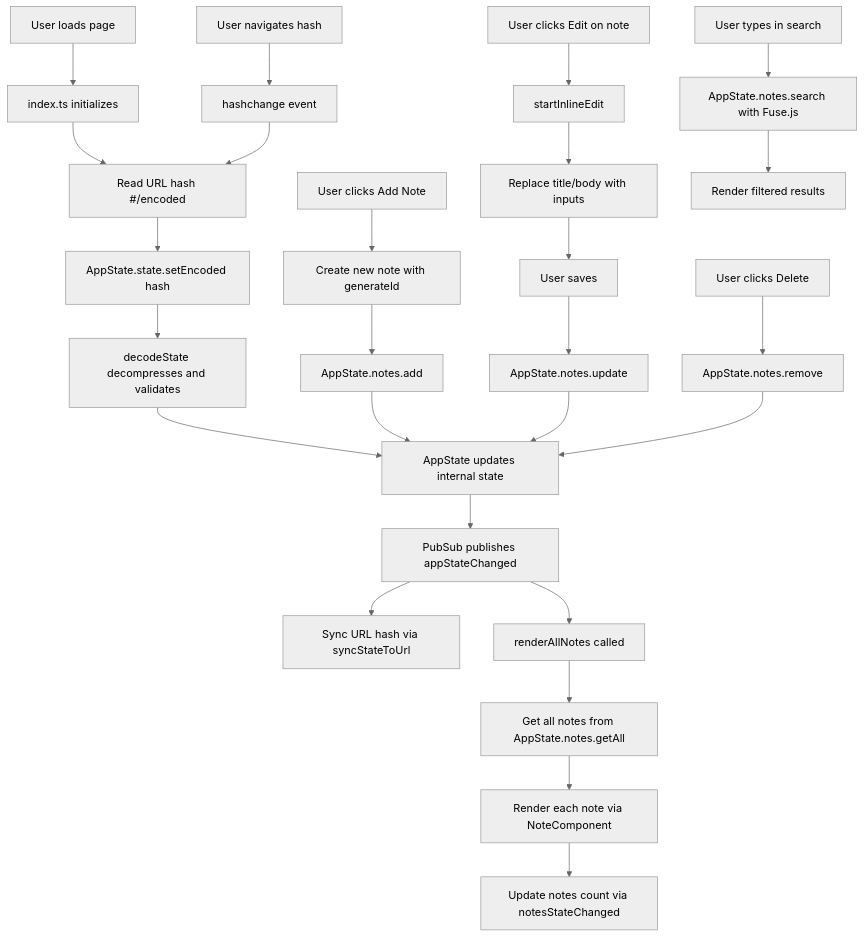
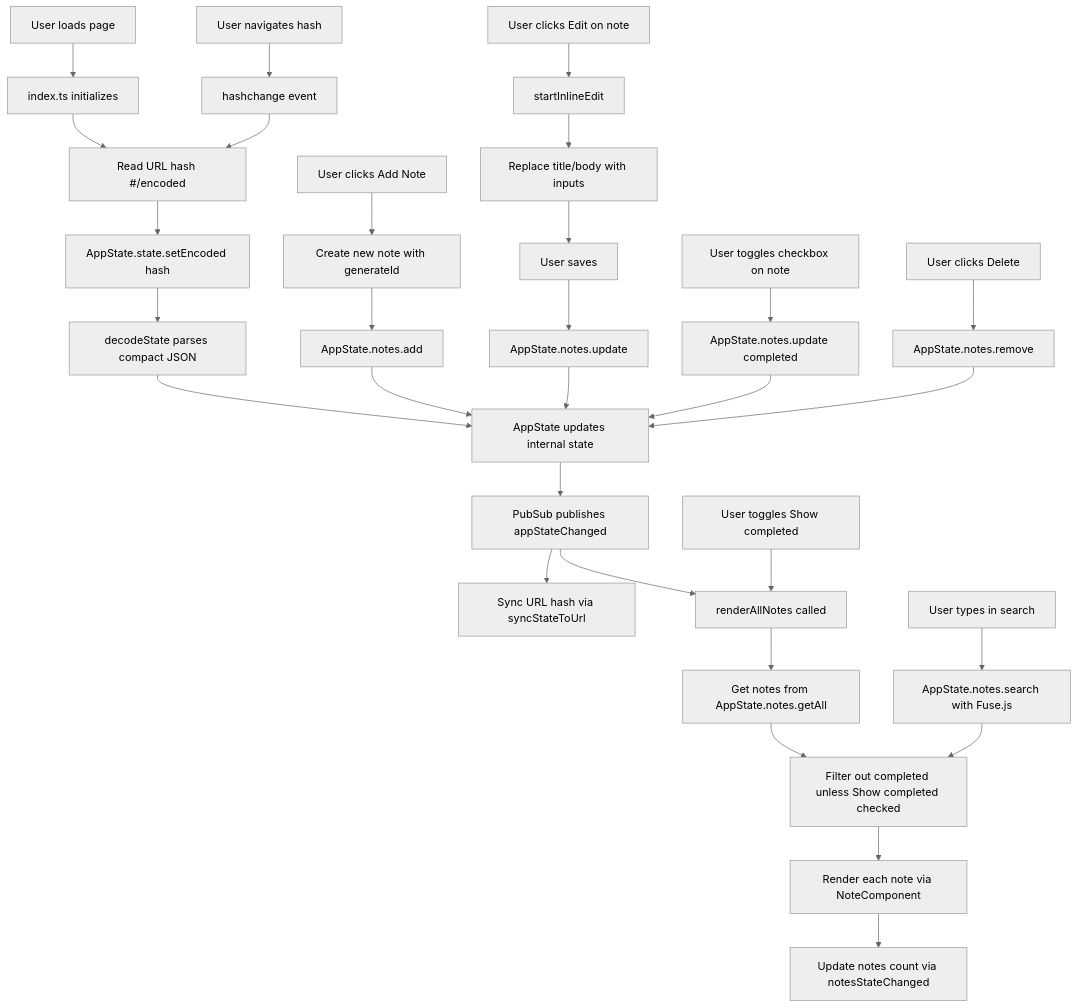
The diagram in APP_FLOW.md (hiimalexjgarcia/base64-encoded-state-test), drawn with Mermaid (neutral theme) before and after one commit. The commit also changed other lines of this file and 1 other file, not shown here.

Commit message:
docs: update README and flow diagram for current state

````diff
--- a/APP_FLOW.md
+++ b/APP_FLOW.md
@@ -3,33 +3,39 @@
 ```mermaid
 graph TD
     A[User loads page] --> B[index.ts initializes]
     B --> C[Read URL hash #/encoded]
     C --> D[AppState.state.setEncoded hash]
-    D --> E[decodeState decompresses and validates]
+    D --> E[decodeState parses compact JSON]
     E --> F[AppState updates internal state]
     F --> G[PubSub publishes appStateChanged]
     G --> H[Sync URL hash via syncStateToUrl]
     G --> I[renderAllNotes called]
-    I --> J[Get all notes from AppState.notes.getAll]
-    J --> K[Render each note via NoteComponent]
-    K --> L[Update notes count via notesStateChanged]
-    
-    M[User clicks Add Note] --> N[Create new note with generateId]
-    N --> O[AppState.notes.add]
-    O --> F
-    
-    P[User clicks Edit on note] --> Q[startInlineEdit]
-    Q --> R[Replace title/body with inputs]
-    R --> S[User saves]
-    S --> T[AppState.notes.update]
-    T --> F
-    
-    U[User clicks Delete] --> V[AppState.notes.remove]
-    V --> F
-    
-    W[User types in search] --> X[AppState.notes.search with Fuse.js]
-    X --> Y[Render filtered results]
-    
-    Z[User navigates hash] --> AA[hashchange event]
-    AA --> C
+    I --> J[Get notes from AppState.notes.getAll]
+    J --> K[Filter out completed unless Show completed checked]
+    K --> L[Render each note via NoteComponent]
+    L --> M[Update notes count via notesStateChanged]
+
+    N[User clicks Add Note] --> O[Create new note with generateId]
+    O --> P[AppState.notes.add]
+    P --> F
+
+    Q[User clicks Edit on note] --> R[startInlineEdit]
+    R --> S[Replace title/body with inputs]
+    S --> T[User saves]
+    T --> U[AppState.notes.update]
+    U --> F
+
+    V[User toggles checkbox on note] --> W[AppState.notes.update completed]
+    W --> F
+
+    X[User clicks Delete] --> Y[AppState.notes.remove]
+    Y --> F
+
+    Z[User types in search] --> AA[AppState.notes.search with Fuse.js]
+    AA --> K
+
+    AB[User toggles Show completed] --> I
+
+    AC[User navigates hash] --> AD[hashchange event]
+    AD --> C
 ```
````
